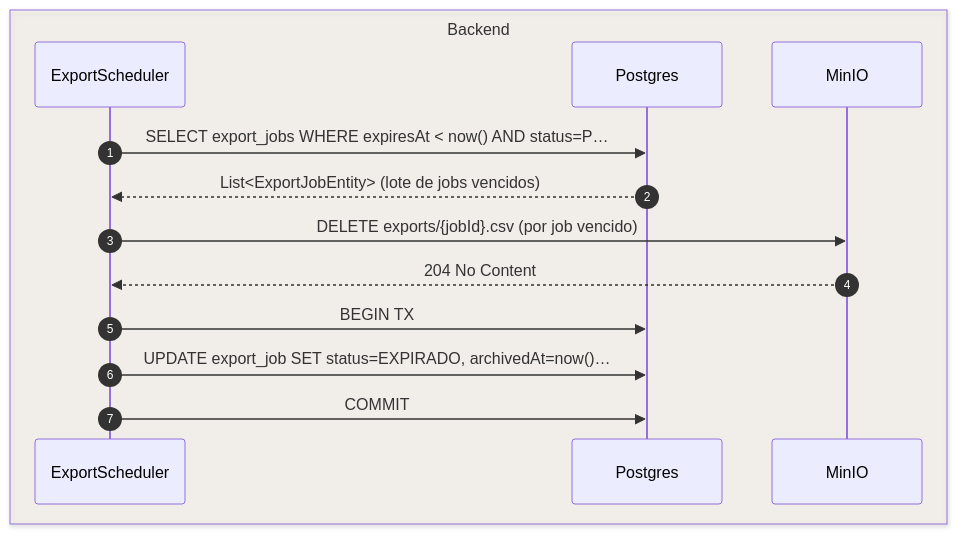
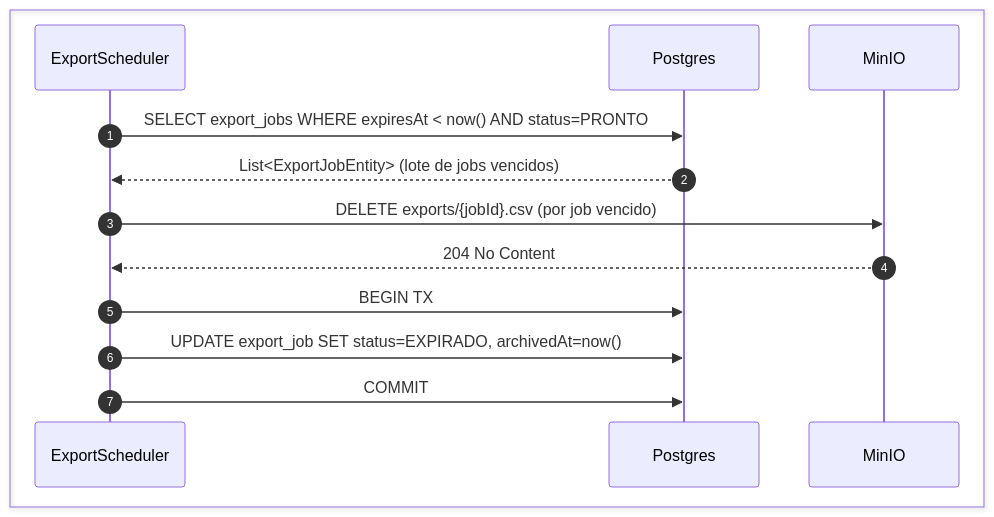
Before and after one commit to umishell/secretariaOnline2: the fourth of 5 diagrams in foundationDocs/sequenceDiagrams/F5 — Secretaria/US-F5-010-EXPORTACOES.md, drawn with Mermaid. The commit also changed other lines of this file and 70 other files, not shown here.

First line of the commit message:
Enhance database documentation and introduce new schema files

````diff
--- a/foundationDocs/sequenceDiagrams/F5 — Secretaria/US-F5-010-EXPORTACOES.md
+++ b/foundationDocs/sequenceDiagrams/F5 — Secretaria/US-F5-010-EXPORTACOES.md
@@ -185,17 +185,17 @@
 ```mermaid
 sequenceDiagram
     autonumber
-    box rgba(255,245,230,0.3) Backend
+    box #fff8ee Servidor
         participant ExportScheduler
         participant Postgres
         participant MinIO
     end
 
-    ExportScheduler->>Postgres: SELECT export_jobs WHERE expiresAt < now() AND status=P…
+    ExportScheduler->>Postgres: SELECT export_jobs WHERE expiresAt < now() AND status=PRONTO
     Postgres-->>ExportScheduler: List<ExportJobEntity> (lote de jobs vencidos)
     ExportScheduler->>MinIO: DELETE exports/{jobId}.csv (por job vencido)
     MinIO-->>ExportScheduler: 204 No Content
     ExportScheduler->>Postgres: BEGIN TX
-    ExportScheduler->>Postgres: UPDATE export_job SET status=EXPIRADO, archivedAt=now()…
+    ExportScheduler->>Postgres: UPDATE export_job SET status=EXPIRADO, archivedAt=now()
     ExportScheduler->>Postgres: COMMIT
 ```
````
